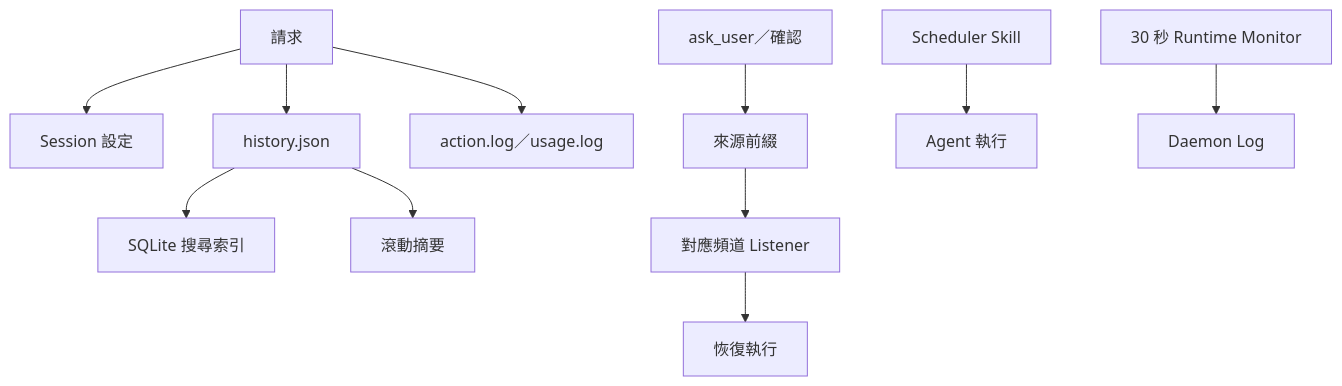
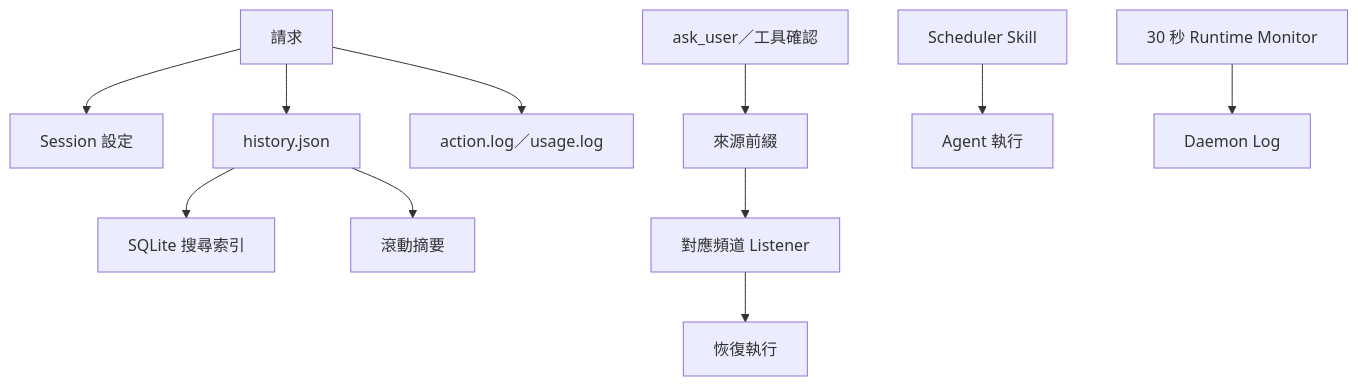
One commit to agenvoy/Agenvoy changed the sixth of 9 diagrams in doc/architecture.zh.md. Above: the diagram before and after it, drawn with Mermaid. The commit also changed other lines of this file and 3 other files, not shown here.

Commit message:
doc: Update model, tool, and session architecture guidance

````diff
--- a/doc/architecture.zh.md
+++ b/doc/architecture.zh.md
@@ -111,13 +111,13 @@
 ```mermaid
 graph TB
     Request[請求] --> Session[Session 設定]
     Request --> History[history.json]
     History --> SQLite[SQLite 搜尋索引]
     History --> Summary[滾動摘要]
     Request --> Logs[action.log／usage.log]
-    Pending[ask_user／確認] --> Origin[來源前綴]
+    Pending[ask_user／工具確認] --> Origin[來源前綴]
     Origin --> Listener[對應頻道 Listener]
     Listener --> Resume[恢復執行]
     Scheduler[Scheduler Skill] --> Execute[Agent 執行]
     Monitor[30 秒 Runtime Monitor] --> DaemonLog[Daemon Log]
 ```
````
